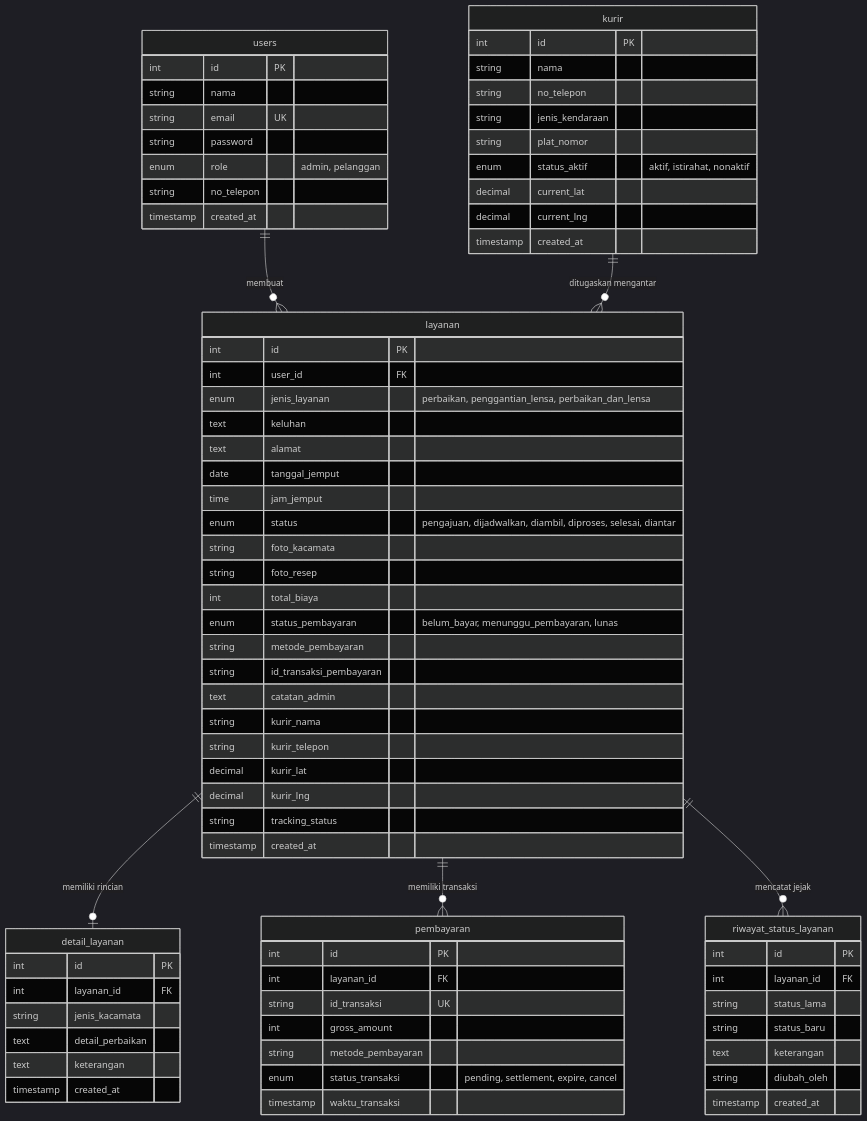
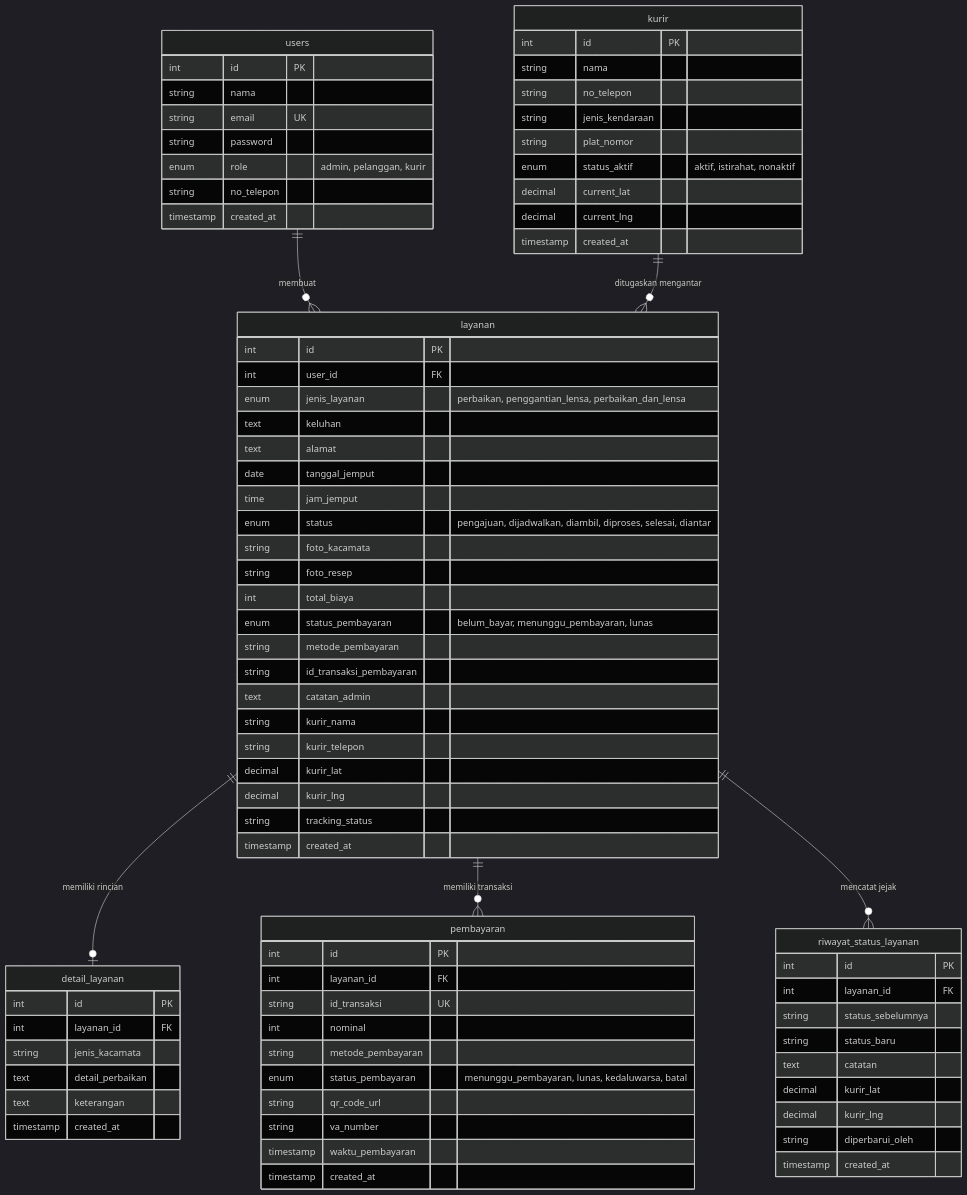
The diagram in docs/Coding_Style.md (akuntugassindar-spec/RPLApp), drawn with Mermaid (dark theme) before and after one commit. The commit also changed other lines of this file and 5 other files, not shown here.

````diff
--- a/docs/Coding_Style.md
+++ b/docs/Coding_Style.md
@@ -78,7 +78,7 @@
         string nama
         string email UK
         string password
-        enum role "admin, pelanggan"
+        enum role "admin, pelanggan, kurir"
         string no_telepon
         timestamp created_at
     }
@@ -132,19 +132,24 @@
         int id PK
         int layanan_id FK
         string id_transaksi UK
-        int gross_amount
+        int nominal
         string metode_pembayaran
-        enum status_transaksi "pending, settlement, expire, cancel"
-        timestamp waktu_transaksi
+        enum status_pembayaran "menunggu_pembayaran, lunas, kedaluwarsa, batal"
+        string qr_code_url
+        string va_number
+        timestamp waktu_pembayaran
+        timestamp created_at
     }
 
     riwayat_status_layanan {
         int id PK
         int layanan_id FK
-        string status_lama
+        string status_sebelumnya
         string status_baru
-        text keterangan
-        string diubah_oleh
+        text catatan
+        decimal kurir_lat
+        decimal kurir_lng
+        string diperbarui_oleh
         timestamp created_at
     }
 ```
````
